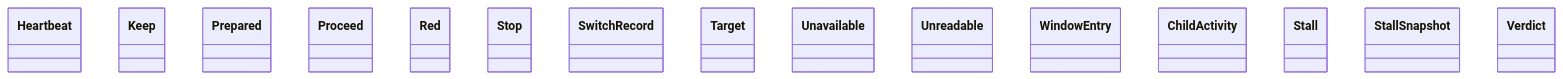
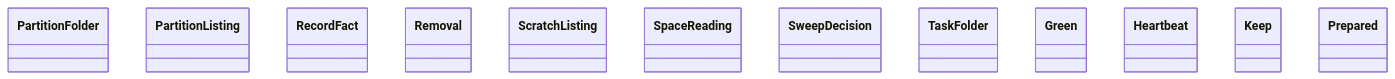
The diagram in docs/architecture/generated/classes-process-domain-machine-3.md (GonzaloZevallos/agentic-system), drawn with Mermaid before and after one commit. The commit also changed other lines of this file and 33 other files, not shown here.

````diff
--- a/docs/architecture/generated/classes-process-domain-machine-3.md
+++ b/docs/architecture/generated/classes-process-domain-machine-3.md
@@ -32,18 +33,15 @@
 ```mermaid
 classDiagram
+    class scratch__PartitionFolder["PartitionFolder"]
+    class scratch__PartitionListing["PartitionListing"]
+    class scratch__RecordFact["RecordFact"]
+    class scratch__Removal["Removal"]
+    class scratch__ScratchListing["ScratchListing"]
+    class scratch__SpaceReading["SpaceReading"]
+    class scratch__SweepDecision["SweepDecision"]
+    class scratch__TaskFolder["TaskFolder"]
+    class stage0_rotation__Green["Green"]
     class stage0_rotation__Heartbeat["Heartbeat"]
     class stage0_rotation__Keep["Keep"]
     class stage0_rotation__Prepared["Prepared"]
-    class stage0_rotation__Proceed["Proceed"]
-    class stage0_rotation__Red["Red"]
-    class stage0_rotation__Stop["Stop"]
-    class stage0_rotation__SwitchRecord["SwitchRecord"]
-    class stage0_rotation__Target["Target"]
-    class stage0_rotation__Unavailable["Unavailable"]
-    class stage0_rotation__Unreadable["Unreadable"]
-    class stage0_rotation__WindowEntry["WindowEntry"]
-    class stall__ChildActivity["ChildActivity"]
-    class stall__Stall["Stall"]
-    class stall__StallSnapshot["StallSnapshot"]
-    class stall__Verdict["Verdict"]
 ```
````
